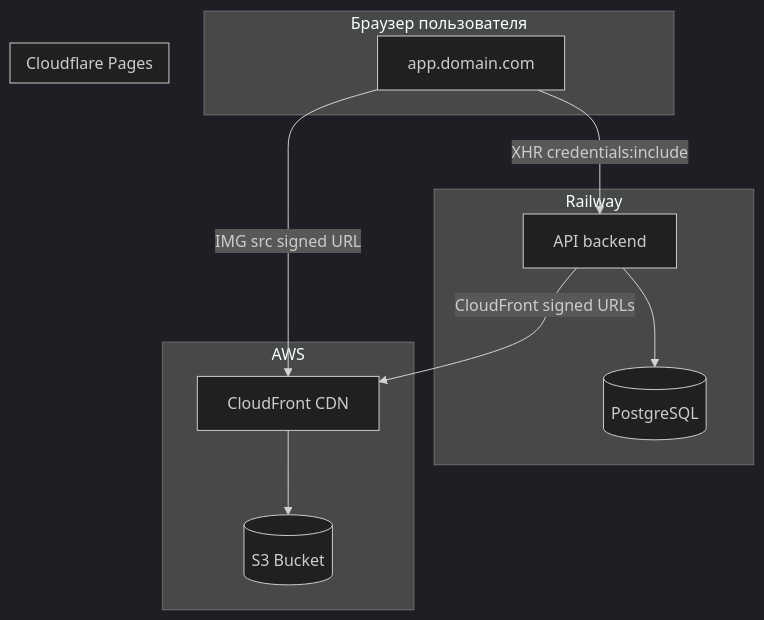
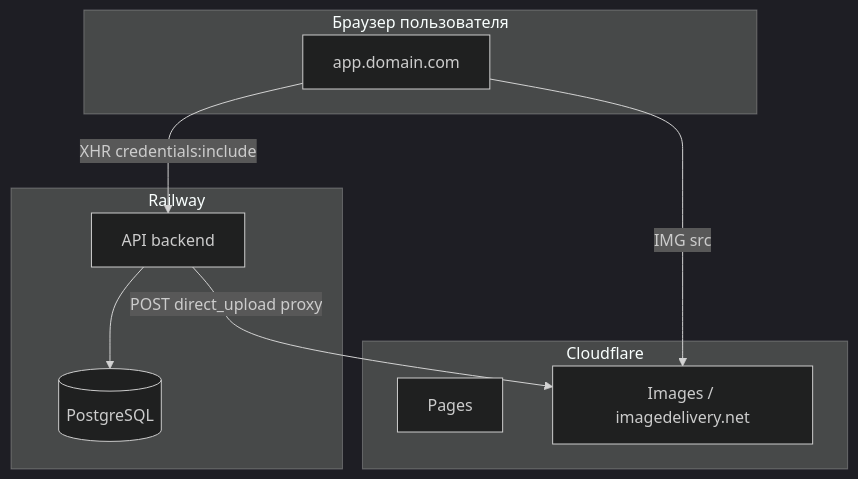
The diagram in .cursor/plans/ci_cd_deployment_task_7eba6d2a.plan.md (soulfeelings/dev-rush-hour-platform), drawn with Mermaid (dark theme) before and after one commit. The commit also changed other lines of this file and 32 other files, not shown here.

Commit message:
feat(MediaService, SPENDINGS.md, CI/CD plan): migrate from AWS S3+CloudFront to Cloudflare Images for media storage and delivery + amplitude

````diff
--- a/.cursor/plans/ci_cd_deployment_task_7eba6d2a.plan.md
+++ b/.cursor/plans/ci_cd_deployment_task_7eba6d2a.plan.md
@@ -14,26 +14,21 @@
 ```mermaid
 flowchart TB
     subgraph User ["Браузер пользователя"]
         A[app.domain.com]
     end
 
-    subgraph CF [Cloudflare Pages]
-        A
+    subgraph CF [Cloudflare]
+        Pages[Pages]
+        Images[Images / imagedelivery.net]
     end
 
     subgraph Rail [Railway]
         B[API backend]
         DB[(PostgreSQL)]
     end
 
-    subgraph AWS [AWS]
-        CloudFront[CloudFront CDN]
-        S3[(S3 Bucket)]
-        CloudFront --> S3
-    end
-
     A -->|"XHR credentials:include"| B
     B --> DB
-    B -->|"CloudFront signed URLs"| CloudFront
-    A -->|"IMG src signed URL"| CloudFront
+    B -->|"POST direct_upload proxy"| Images
+    A -->|"IMG src"| Images
 ```
````
